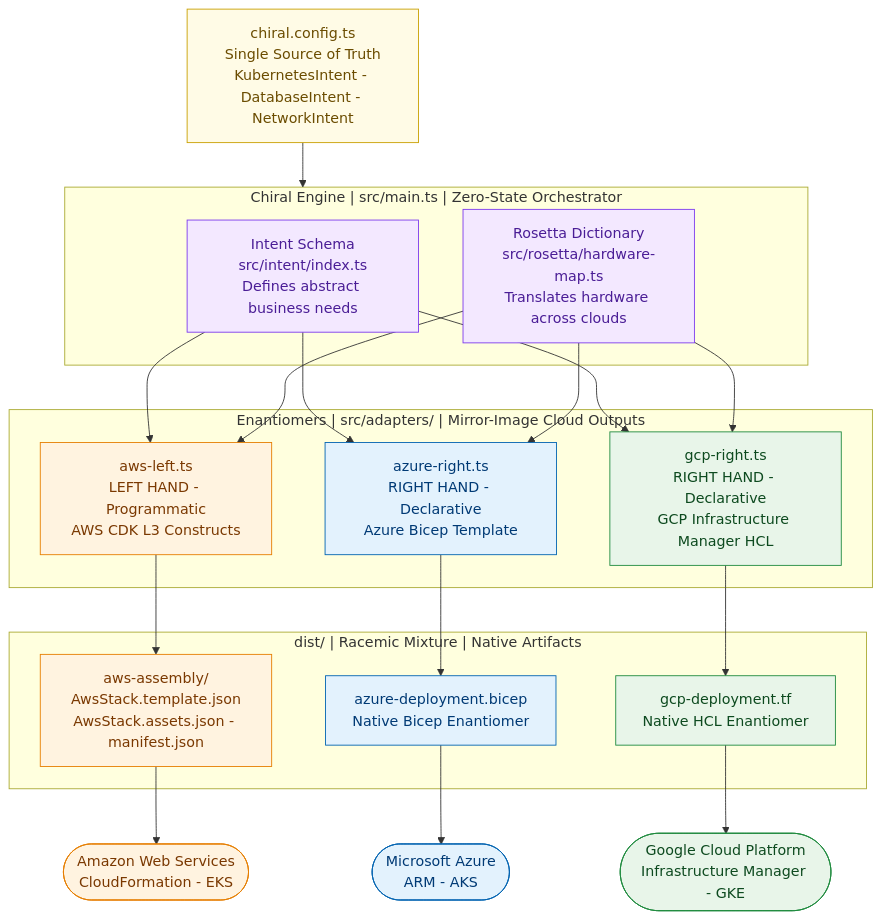
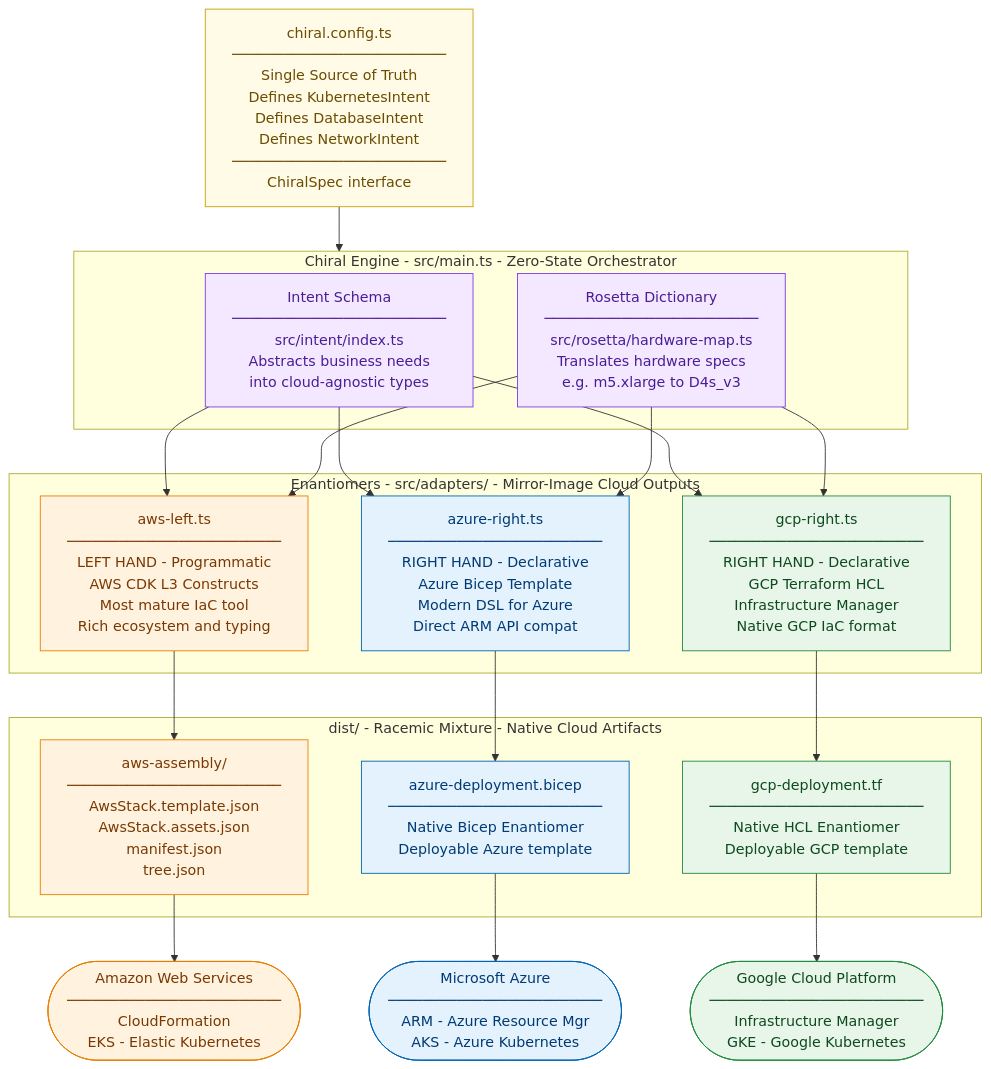
One commit to lloydchang/chiral-infrastructure-as-code changed the diagram in README.md. Above: the diagram before and after it, drawn with Mermaid.

Commit message:
docs: Refine architecture diagram descriptions in README
Updated the README to enhance clarity and detail in the architecture diagrams, including improved descriptions for various components.

````diff
--- a/README.md
+++ b/README.md
@@ -240,45 +240,45 @@
 ```mermaid
 flowchart TD
     classDef config  fill:#fffbe6,stroke:#c9a000,color:#6b4c00
     classDef engine  fill:#f3e8ff,stroke:#7c3aed,color:#4a1d96
     classDef awsNode fill:#fff3e0,stroke:#e67e00,color:#7a3800
     classDef azNode  fill:#e3f2fd,stroke:#0063b1,color:#003a75
     classDef gcpNode fill:#e8f5e9,stroke:#1e8a3e,color:#0d4a1f
 
-    CONFIG["chiral.config.ts<br/>Single Source of Truth<br/>KubernetesIntent - DatabaseIntent - NetworkIntent"]:::config
+    CONFIG[chiral.config.ts<br/>─────────────────────────<br/>Single Source of Truth<br/>Defines KubernetesIntent<br/>Defines DatabaseIntent<br/>Defines NetworkIntent<br/>─────────────────────────<br/>ChiralSpec interface]:::config
 
-    subgraph ENGINE["Chiral Engine  |  src/main.ts  |  Zero-State Orchestrator"]
-        INTENT["Intent Schema<br/>src/intent/index.ts<br/>Defines abstract business needs"]:::engine
-        ROSETTA["Rosetta Dictionary<br/>src/rosetta/hardware-map.ts<br/>Translates hardware across clouds"]:::engine
+    subgraph ENGINE[Chiral Engine  -  src/main.ts  -  Zero-State Orchestrator]
+        INTENT[Intent Schema<br/>─────────────────────────<br/>src/intent/index.ts<br/>Abstracts business needs<br/>into cloud-agnostic types]:::engine
+        ROSETTA[Rosetta Dictionary<br/>─────────────────────────<br/>src/rosetta/hardware-map.ts<br/>Translates hardware specs<br/>e.g. m5.xlarge to D4s_v3]:::engine
     end
 
-    subgraph ADAPTERS["Enantiomers  |  src/adapters/  |  Mirror-Image Cloud Outputs"]
-        AWS_A["aws-left.ts<br/>LEFT HAND - Programmatic<br/>AWS CDK L3 Constructs"]:::awsNode
-        AZURE_A["azure-right.ts<br/>RIGHT HAND - Declarative<br/>Azure Bicep Template"]:::azNode
-        GCP_A["gcp-right.ts<br/>RIGHT HAND - Declarative<br/>GCP Infrastructure Manager HCL"]:::gcpNode
+    subgraph ADAPTERS[Enantiomers  -  src/adapters/  -  Mirror-Image Cloud Outputs]
+        AWS_A[aws-left.ts<br/>─────────────────────────<br/>LEFT HAND - Programmatic<br/>AWS CDK L3 Constructs<br/>Most mature IaC tool<br/>Rich ecosystem and typing]:::awsNode
+        AZURE_A[azure-right.ts<br/>─────────────────────────<br/>RIGHT HAND - Declarative<br/>Azure Bicep Template<br/>Modern DSL for Azure<br/>Direct ARM API compat]:::azNode
+        GCP_A[gcp-right.ts<br/>─────────────────────────<br/>RIGHT HAND - Declarative<br/>GCP Terraform HCL<br/>Infrastructure Manager<br/>Native GCP IaC format]:::gcpNode
     end
 
-    subgraph DIST["dist/  |  Racemic Mixture  |  Native Artifacts"]
-        AWS_D["aws-assembly/<br/>AwsStack.template.json<br/>AwsStack.assets.json - manifest.json"]:::awsNode
-        AZURE_D["azure-deployment.bicep<br/>Native Bicep Enantiomer"]:::azNode
-        GCP_D["gcp-deployment.tf<br/>Native HCL Enantiomer"]:::gcpNode
+    subgraph DIST[dist/  -  Racemic Mixture  -  Native Cloud Artifacts]
+        AWS_D[aws-assembly/<br/>─────────────────────────<br/>AwsStack.template.json<br/>AwsStack.assets.json<br/>manifest.json<br/>tree.json]:::awsNode
+        AZURE_D[azure-deployment.bicep<br/>─────────────────────────<br/>Native Bicep Enantiomer<br/>Deployable Azure template]:::azNode
+        GCP_D[gcp-deployment.tf<br/>─────────────────────────<br/>Native HCL Enantiomer<br/>Deployable GCP template]:::gcpNode
     end
 
-    AWS_C(["Amazon Web Services<br/>CloudFormation - EKS"]):::awsNode
-    AZURE_C(["Microsoft Azure<br/>ARM - AKS"]):::azNode
-    GCP_C(["Google Cloud Platform<br/>Infrastructure Manager - GKE"]):::gcpNode
+    AWS_C([Amazon Web Services<br/>─────────────────────────<br/>CloudFormation<br/>EKS - Elastic Kubernetes]):::awsNode
+    AZURE_C([Microsoft Azure<br/>─────────────────────────<br/>ARM - Azure Resource Mgr<br/>AKS - Azure Kubernetes]):::azNode
+    GCP_C([Google Cloud Platform<br/>─────────────────────────<br/>Infrastructure Manager<br/>GKE - Google Kubernetes]):::gcpNode
 
     CONFIG --> ENGINE
     INTENT --> AWS_A
     INTENT --> AZURE_A
     INTENT --> GCP_A
     ROSETTA --> AWS_A
     ROSETTA --> AZURE_A
     ROSETTA --> GCP_A
     AWS_A --> AWS_D
     AZURE_A --> AZURE_D
     GCP_A --> GCP_D
     AWS_D --> AWS_C
     AZURE_D --> AZURE_C
     GCP_D --> GCP_C
 ```
````
